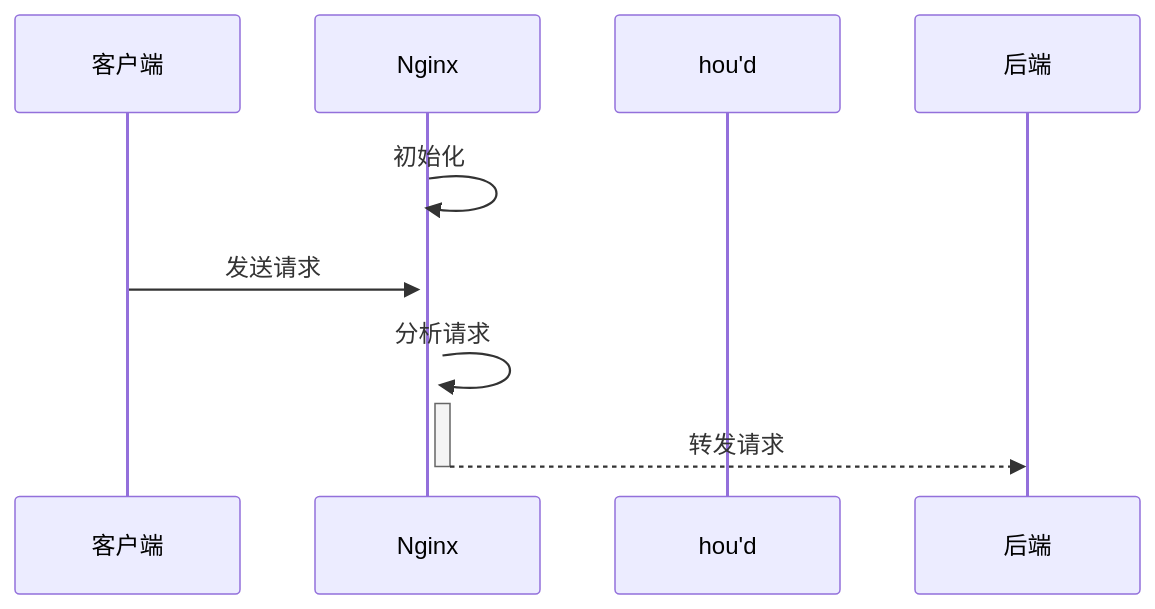
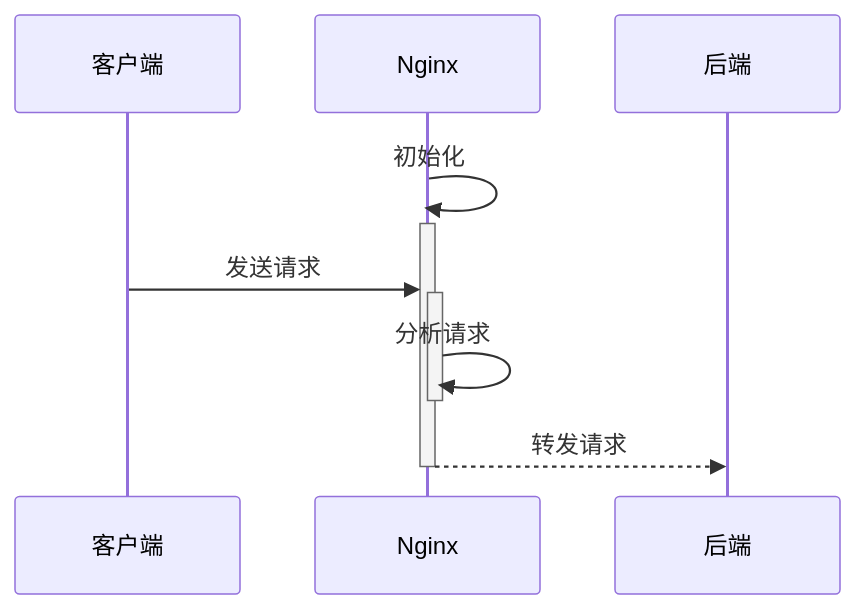
The diagram in all/未命名-7.md (HY-10-8/iodraw-files), drawn with Mermaid before and after one commit.

Commit message:
2026-11-18 11:13:50 update

````diff
--- a/all/未命名-7.md
+++ b/all/未命名-7.md
@@ -1,11 +1,11 @@
 ```mermaid
 sequenceDiagram
     participant 客户端
     participant Nginx
-    participant hou'd
+    participant 后端
     Nginx->>+Nginx: 初始化
     客户端->>+Nginx: 发送请求
-    Nginx->>+Nginx: 分析请求
+    Nginx->>-Nginx: 分析请求
     Nginx-->>-后端: 转发请求
             
 ```
````
